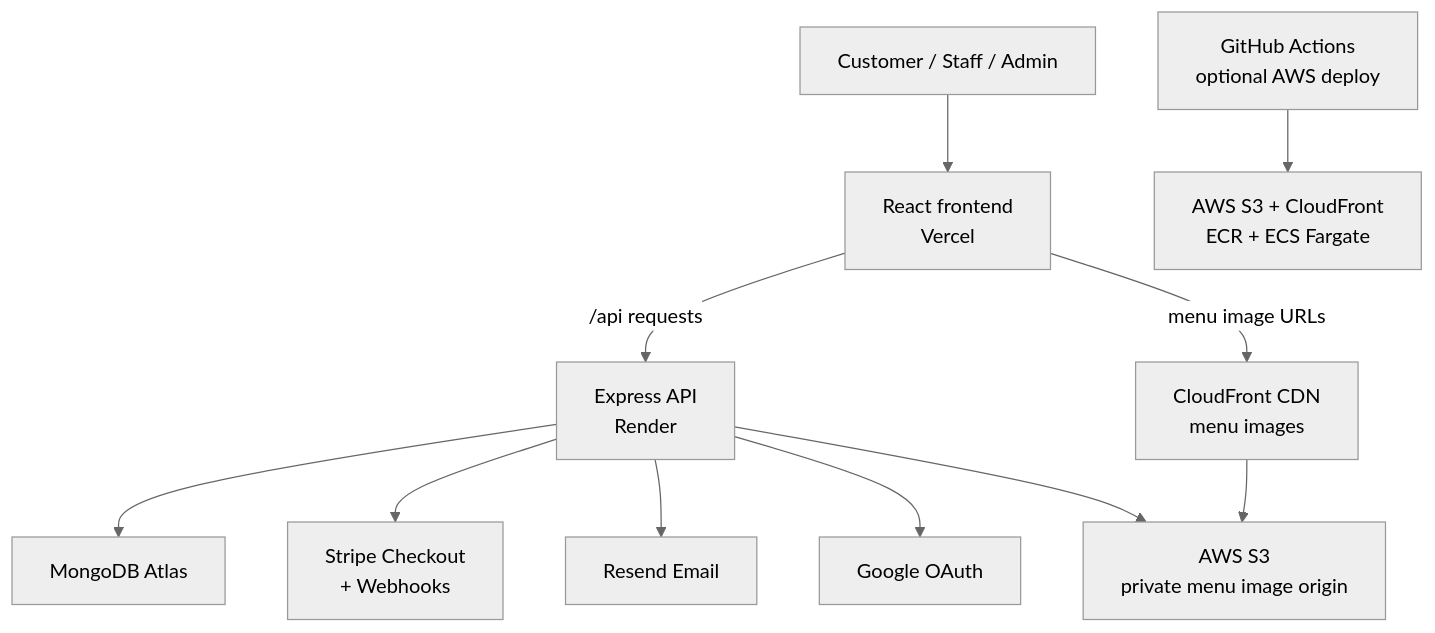
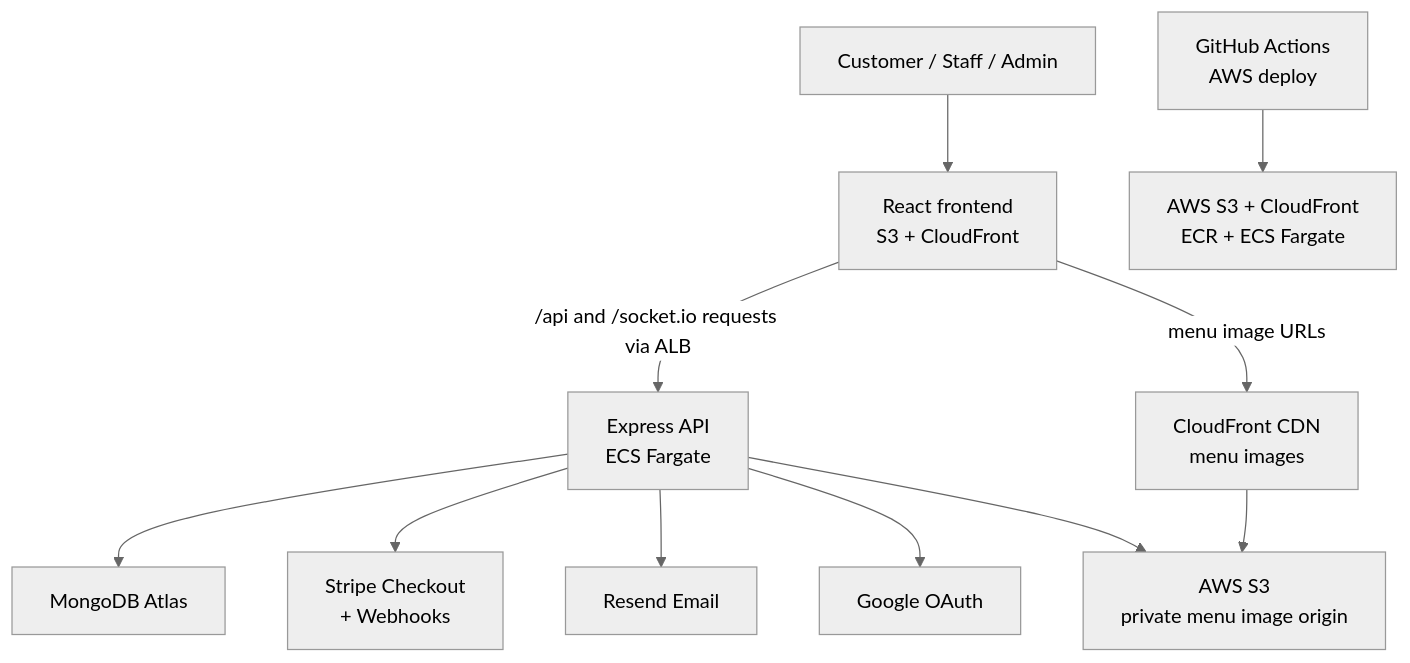
One commit to xiudou401/burger changed the diagram in README.md. Above: the diagram before and after it, drawn with Mermaid (neutral theme). The commit also changed other lines of this file and 11 other files, not shown here.

````diff
--- a/README.md
+++ b/README.md
@@ -410,14 +464,14 @@
 ```mermaid
 flowchart TD
-  user["Customer / Staff / Admin"] --> frontend["React frontend<br/>Vercel"]
-  frontend -->|"/api requests"| api["Express API<br/>Render"]
+  user["Customer / Staff / Admin"] --> frontend["React frontend<br/>S3 + CloudFront"]
+  frontend -->|"/api and /socket.io requests via ALB"| api["Express API<br/>ECS Fargate"]
   api --> mongo["MongoDB Atlas"]
   api --> stripe["Stripe Checkout<br/>+ Webhooks"]
   api --> resend["Resend Email"]
   api --> google["Google OAuth"]
   api --> s3Images["AWS S3<br/>private menu image origin"]
   cloudfront["CloudFront CDN<br/>menu images"] --> s3Images
   frontend -->|menu image URLs| cloudfront
 
-  github["GitHub Actions<br/>optional AWS deploy"] --> aws["AWS S3 + CloudFront<br/>ECR + ECS Fargate"]
+  github["GitHub Actions<br/>AWS deploy"] --> aws["AWS S3 + CloudFront<br/>ECR + ECS Fargate"]
 ```
````
